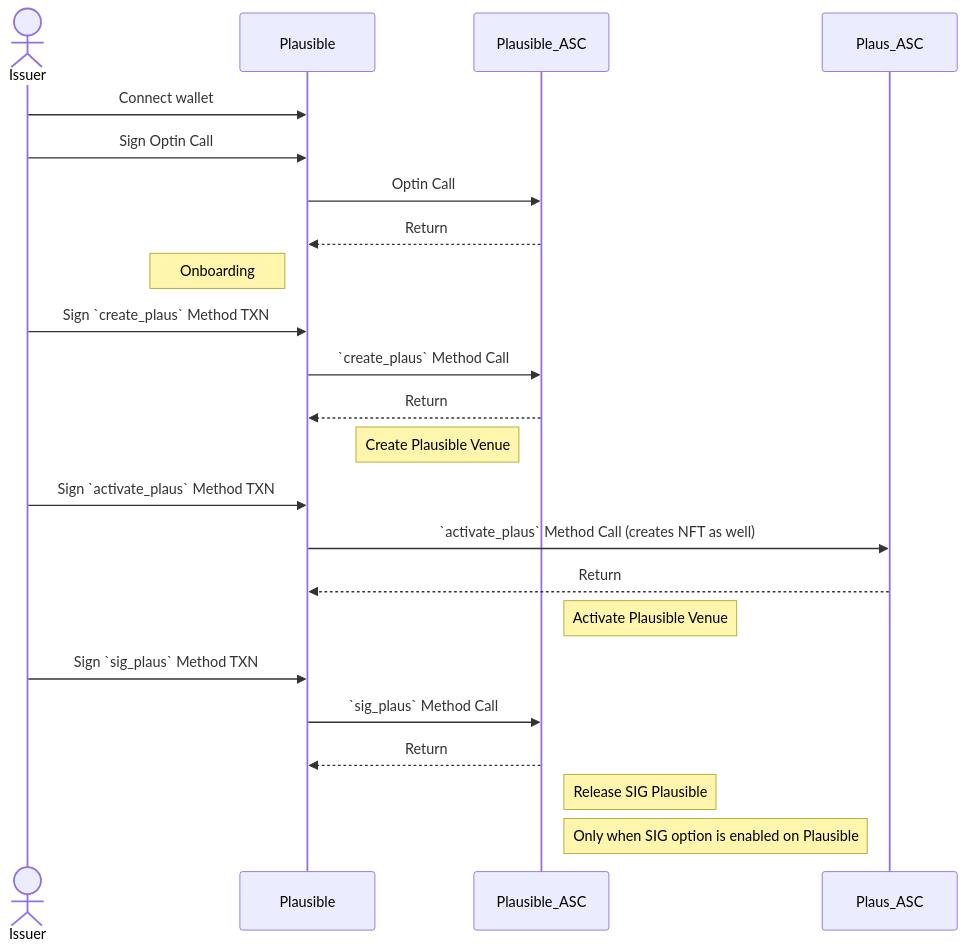
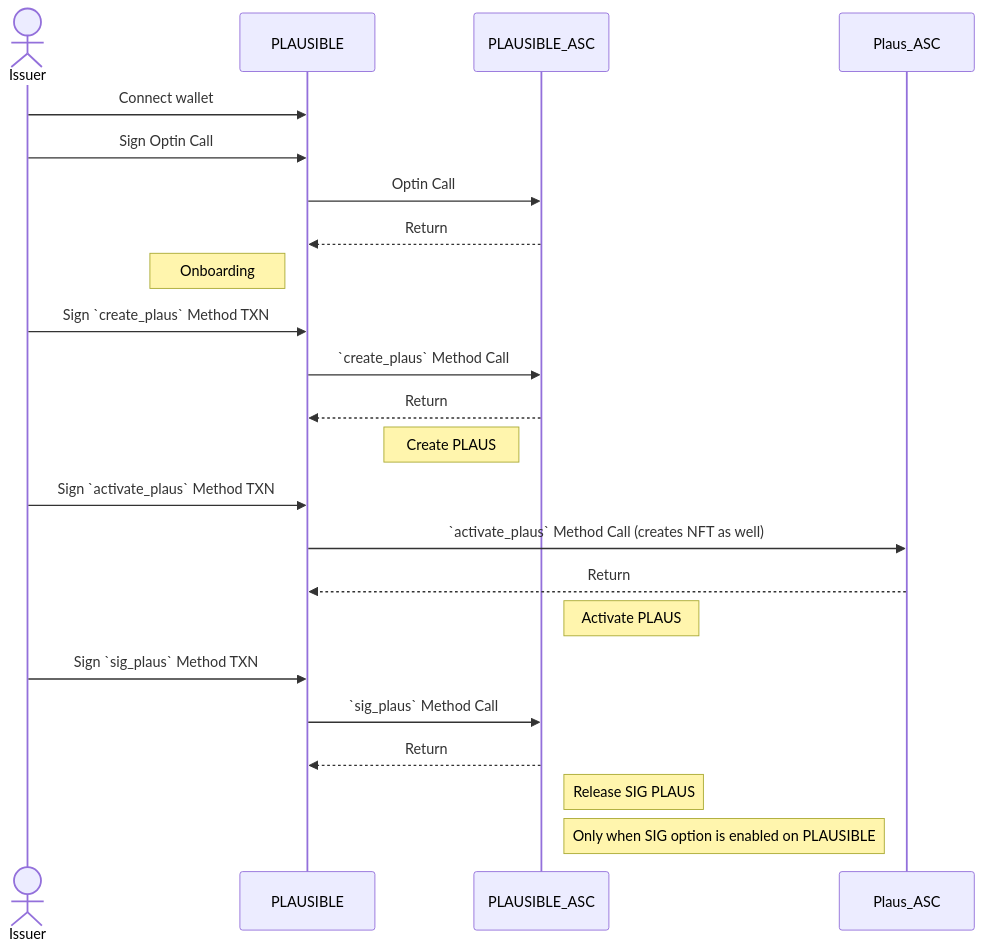
Before and after one commit to GoPlausible/.github: the second of 8 diagrams in profile/README.md, drawn with Mermaid. The commit also changed other lines of this file, not shown here.

````diff
--- a/profile/README.md
+++ b/profile/README.md
@@ -125,28 +125,28 @@
 ```mermaid
 sequenceDiagram 
 actor Issuer
-participant Plausible
-participant Plausible_ASC
+participant PLAUSIBLE
+participant PLAUSIBLE_ASC
 participant Plaus_ASC
-Issuer ->> Plausible: Connect wallet
-Issuer ->> Plausible: Sign Optin Call
-Plausible ->> Plausible_ASC: Optin Call
-Plausible_ASC -->> Plausible: Return
-Note left of Plausible: Onboarding
-Issuer ->> Plausible: Sign `create_plaus` Method TXN
-Plausible ->> Plausible_ASC:  `create_plaus` Method Call
-Plausible_ASC -->> Plausible: Return
-Note left of Plausible_ASC: Create Plausible Venue
-Issuer ->> Plausible: Sign `activate_plaus` Method TXN
-Plausible ->> Plaus_ASC: `activate_plaus` Method Call (creates NFT as well)
-Plaus_ASC -->> Plausible: Return
-Note right of Plausible_ASC: Activate Plausible Venue
-Issuer ->> Plausible: Sign `sig_plaus` Method TXN
-Plausible ->> Plausible_ASC: `sig_plaus` Method Call 
-Plausible_ASC -->> Plausible: Return
-Note right of Plausible_ASC: Release SIG Plausible
-Note right of Plausible_ASC: Only when SIG option is enabled on Plausible
+Issuer ->> PLAUSIBLE: Connect wallet
+Issuer ->> PLAUSIBLE: Sign Optin Call
+PLAUSIBLE ->> PLAUSIBLE_ASC: Optin Call
+PLAUSIBLE_ASC -->> PLAUSIBLE: Return
+Note left of PLAUSIBLE: Onboarding
+Issuer ->> PLAUSIBLE: Sign `create_plaus` Method TXN
+PLAUSIBLE ->> PLAUSIBLE_ASC:  `create_plaus` Method Call
+PLAUSIBLE_ASC -->> PLAUSIBLE: Return
+Note left of PLAUSIBLE_ASC: Create PLAUS
+Issuer ->> PLAUSIBLE: Sign `activate_plaus` Method TXN
+PLAUSIBLE ->> Plaus_ASC: `activate_plaus` Method Call (creates NFT as well)
+Plaus_ASC -->> PLAUSIBLE: Return
+Note right of PLAUSIBLE_ASC: Activate PLAUS
+Issuer ->> PLAUSIBLE: Sign `sig_plaus` Method TXN
+PLAUSIBLE ->> PLAUSIBLE_ASC: `sig_plaus` Method Call 
+PLAUSIBLE_ASC -->> PLAUSIBLE: Return
+Note right of PLAUSIBLE_ASC: Release SIG PLAUS
+Note right of PLAUSIBLE_ASC: Only when SIG option is enabled on PLAUSIBLE
 
 
 
 ```
````
